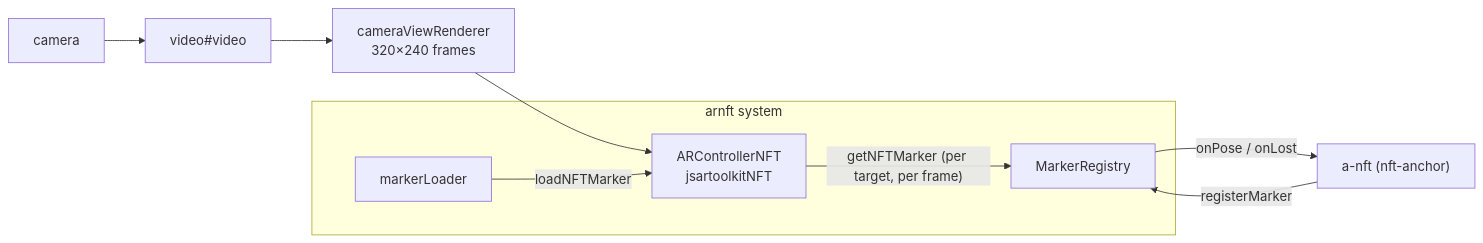
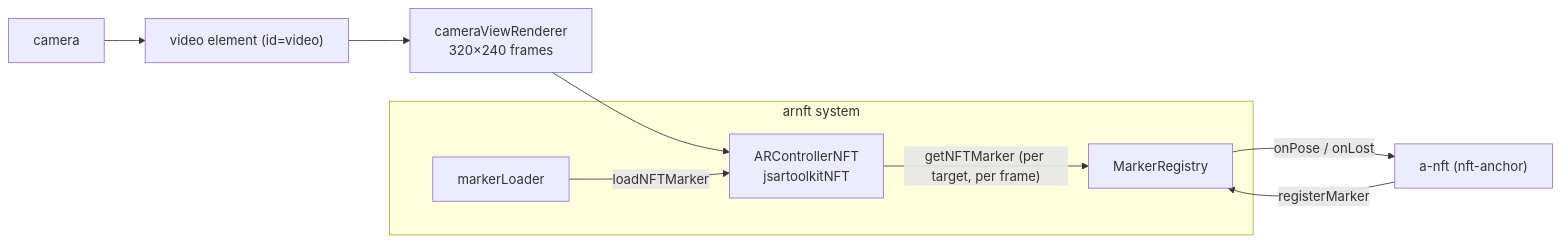
One commit to webarkit/Aframe-nft changed the diagram in README.md. Above: the diagram before and after it, drawn with Mermaid. The commit also changed other lines of this file, not shown here.

First line of the commit message:
docs: fix a Chrome-only error message and a diagram label in the README

````diff
--- a/README.md
+++ b/README.md
@@ -269,15 +269,15 @@
 ```mermaid
 flowchart LR
-    CAM[camera] --> VIDEO["video#video"]
+    CAM[camera] --> VIDEO["video element (id=video)"]
     VIDEO --> CVR[cameraViewRenderer<br/>320×240 frames]
     CVR --> ARC[ARControllerNFT<br/>jsartoolkitNFT]
     subgraph SYS [arnft system]
         ARC
         REG[MarkerRegistry]
         LOAD[markerLoader]
     end
     NFT["a-nft (nft-anchor)"] -- registerMarker --> REG
     LOAD -- loadNFTMarker --> ARC
     ARC -- "getNFTMarker (per target, per frame)" --> REG
     REG -- "onPose / onLost" --> NFT
 ```
````
